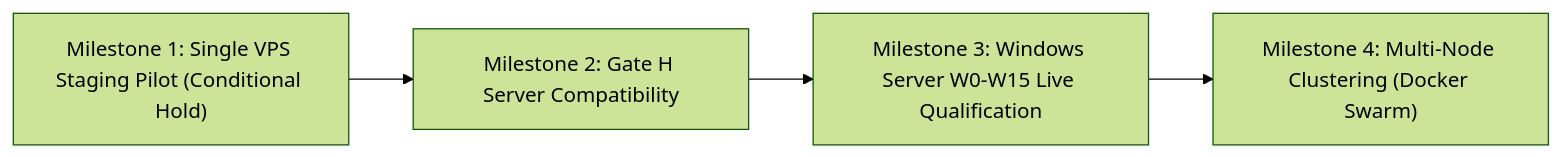
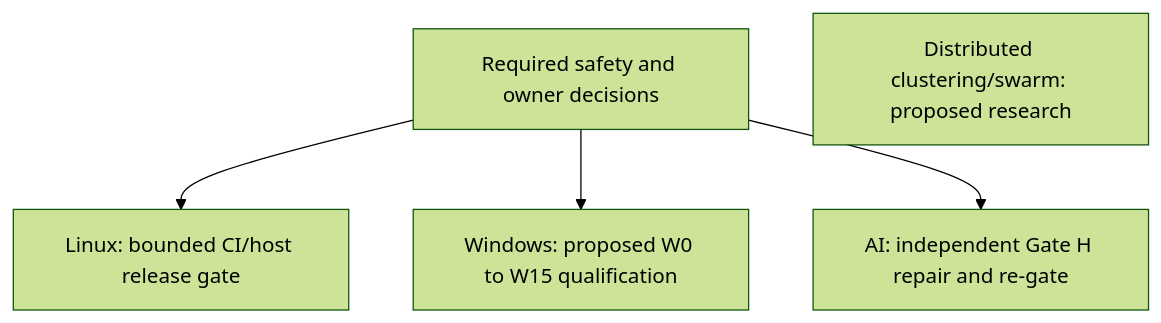
Before and after one commit to tmk-computers/vps-infra: the diagram in docs/v2/07-roadmap/INFRA_ROADMAP.md, drawn with Mermaid (forest theme). The commit also changed other lines of this file and 17 other files, not shown here.

````diff
--- a/docs/v2/07-roadmap/INFRA_ROADMAP.md
+++ b/docs/v2/07-roadmap/INFRA_ROADMAP.md
@@ -14,6 +17,7 @@
 ```mermaid
-graph LR
-    M1["Milestone 1: Single VPS Staging Pilot (Conditional Hold)"] --> M2["Milestone 2: Gate H Server Compatibility"]
-    M2 --> M3["Milestone 3: Windows Server W0-W15 Live Qualification"]
-    M3 --> M4["Milestone 4: Multi-Node Clustering (Docker Swarm)"]
+flowchart TD
+    Safety["Required safety and owner decisions"] --> Linux["Linux: bounded CI/host release gate"]
+    Safety --> Windows["Windows: proposed W0 to W15 qualification"]
+    Safety --> AI["AI: independent Gate H repair and re-gate"]
+    Future["Distributed clustering/swarm: proposed research"]
 ```
````
